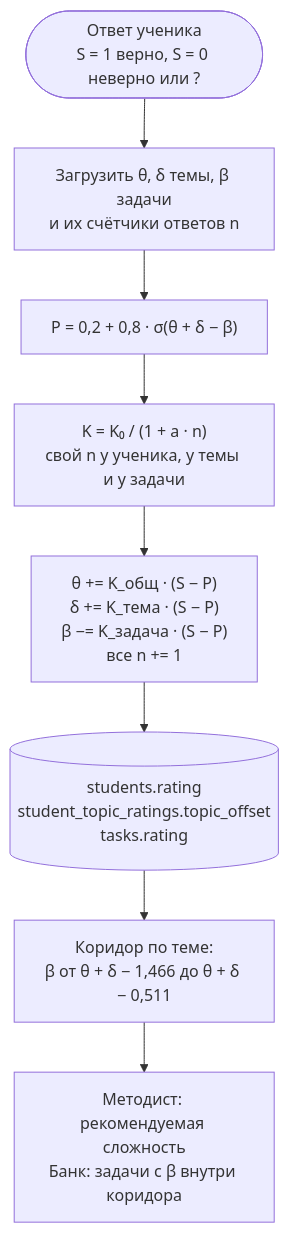
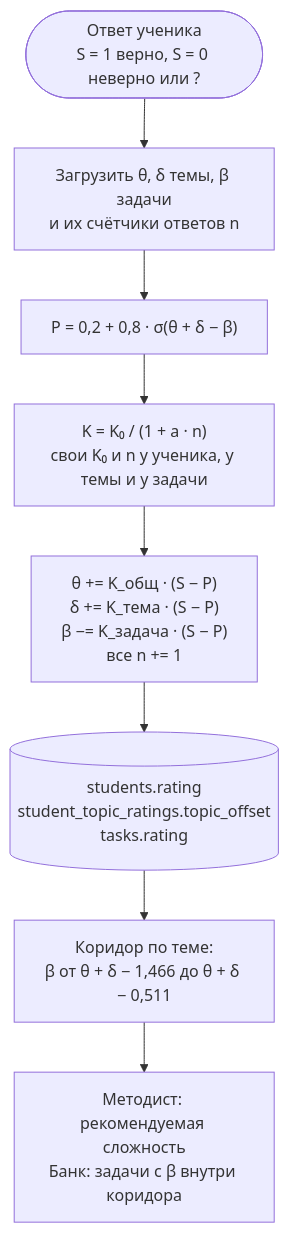
The diagram in docs/architecture/05-ratings.md (MathTrail/llm-taskgen-prototype), drawn with Mermaid before and after one commit. The commit also changed other lines of this file and 13 other files, not shown here.

````diff
--- a/docs/architecture/05-ratings.md
+++ b/docs/architecture/05-ratings.md
@@ -11,13 +11,13 @@
 ```mermaid
 flowchart TB
     ans(["Ответ ученика<br/>S = 1 верно, S = 0 неверно или ?"])
     load["Загрузить θ, δ темы, β задачи<br/>и их счётчики ответов n"]
     p["P = 0,2 + 0,8 · σ(θ + δ − β)"]
-    k["K = K₀ / (1 + a · n)<br/>свой n у ученика, у темы и у задачи"]
+    k["K = K₀ / (1 + a · n)<br/>свои K₀ и n у ученика, у темы и у задачи"]
     upd["θ += K_общ · (S − P)<br/>δ += K_тема · (S − P)<br/>β −= K_задача · (S − P)<br/>все n += 1"]
     save[("students.rating<br/>student_topic_ratings.topic_offset<br/>tasks.rating")]
     corr["Коридор по теме:<br/>β от θ + δ − 1,466 до θ + δ − 0,511"]
     use["Методист: рекомендуемая сложность<br/>Банк: задачи с β внутри коридора"]
 
     ans --> load --> p --> k --> upd --> save --> corr --> use
 ```
````
